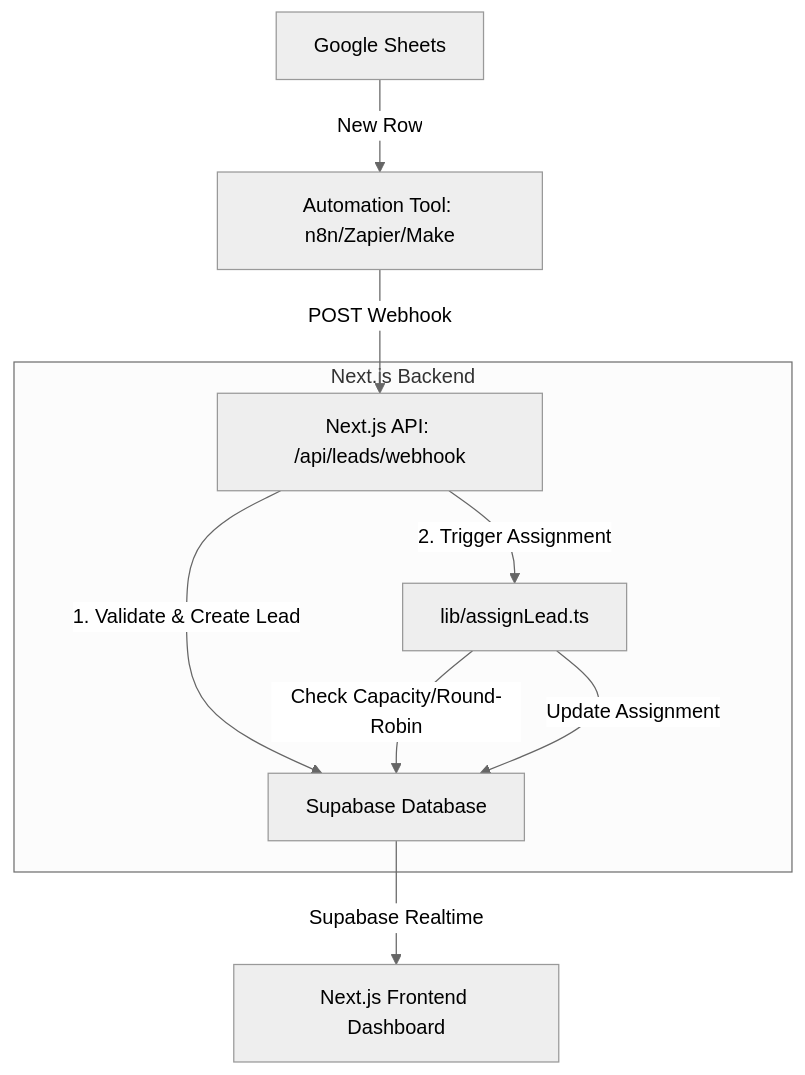
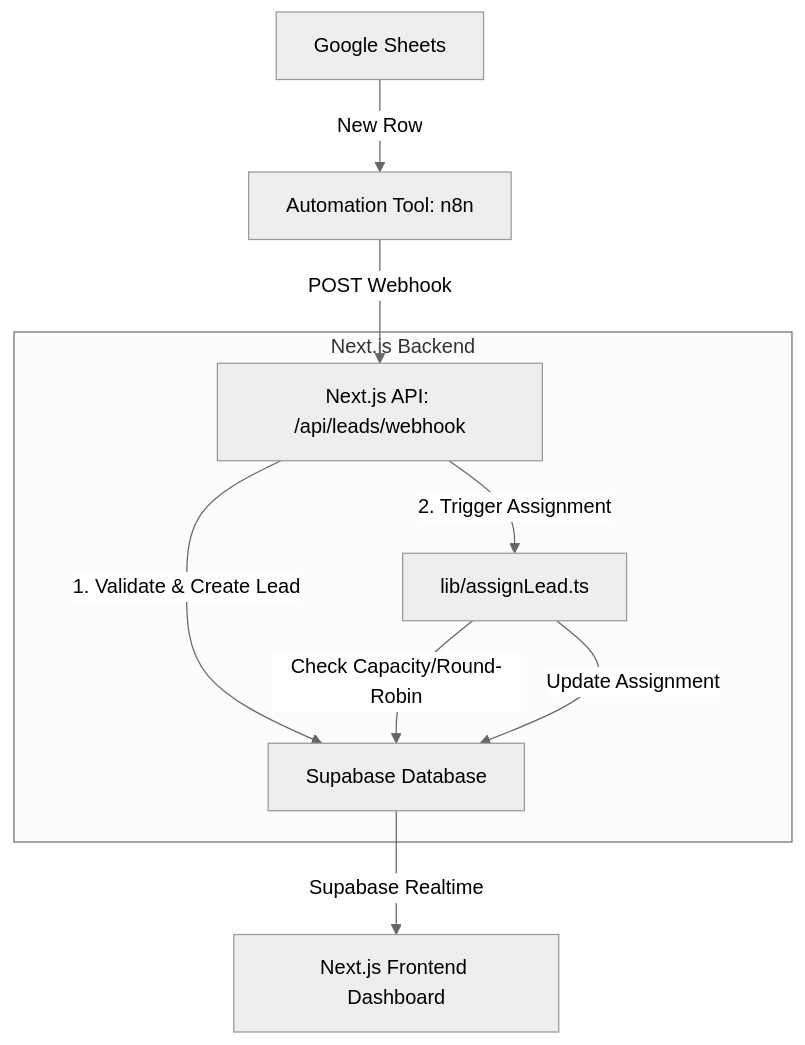
Before and after one commit to hash066/bloc_test: the diagram in README.md, drawn with Mermaid (neutral theme).

Commit message:
Update automation tool in system architecture diagram

````diff
--- a/README.md
+++ b/README.md
@@ -63,12 +63,12 @@
 ```mermaid
 graph TD
-    A[Google Sheets] -->|New Row| B[Automation Tool: n8n/Zapier/Make]
+    A[Google Sheets] -->|New Row| B[Automation Tool: n8n]
     B -->|POST Webhook| C[Next.js API: /api/leads/webhook]
     subgraph "Next.js Backend"
         C -->|1. Validate & Create Lead| D[Supabase Database]
         C -->|2. Trigger Assignment| E[lib/assignLead.ts]
         E -->|Check Capacity/Round-Robin| D
         E -->|Update Assignment| D
     end
     D -->|Supabase Realtime| F[Next.js Frontend Dashboard]
 ```
````
